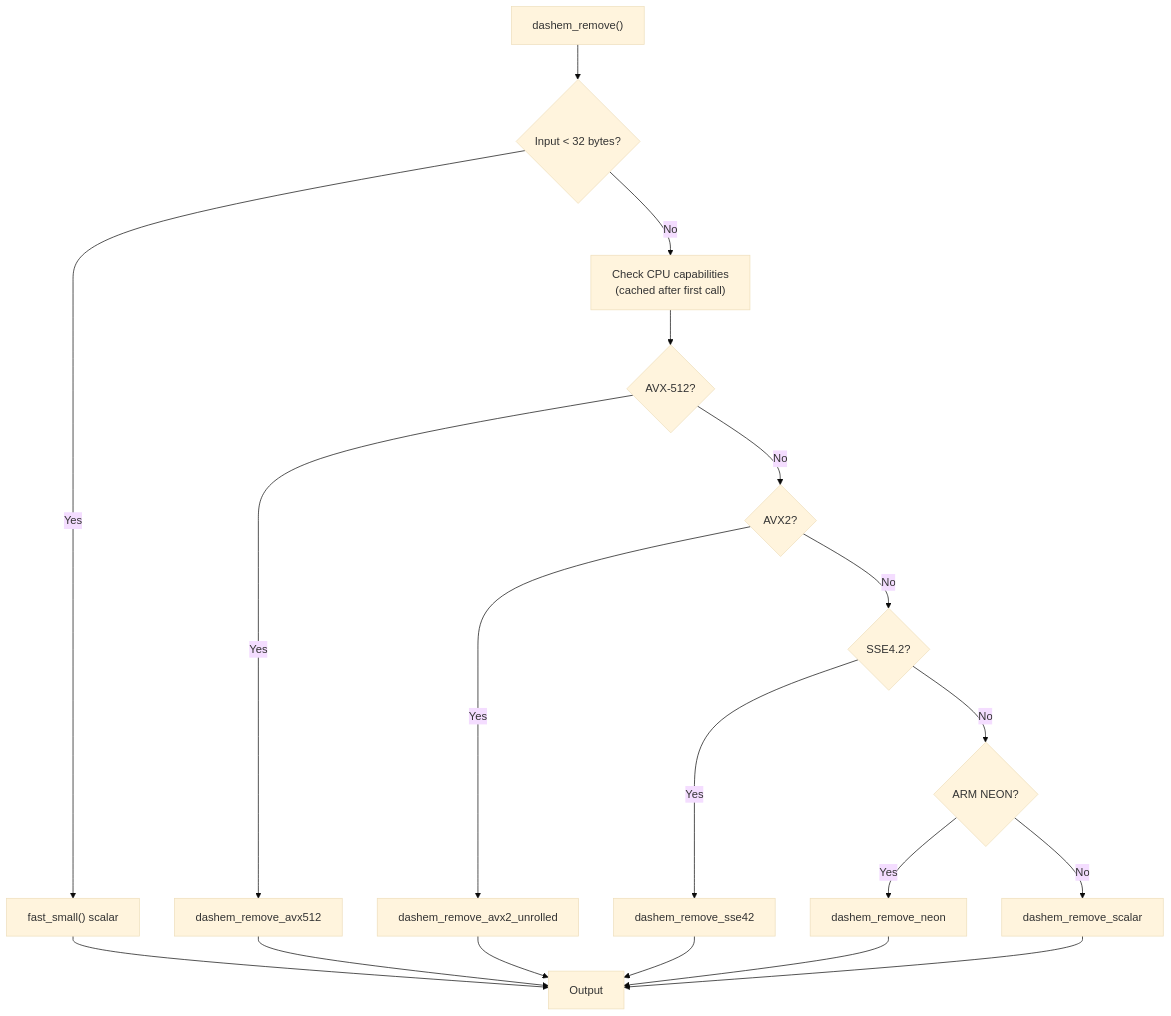
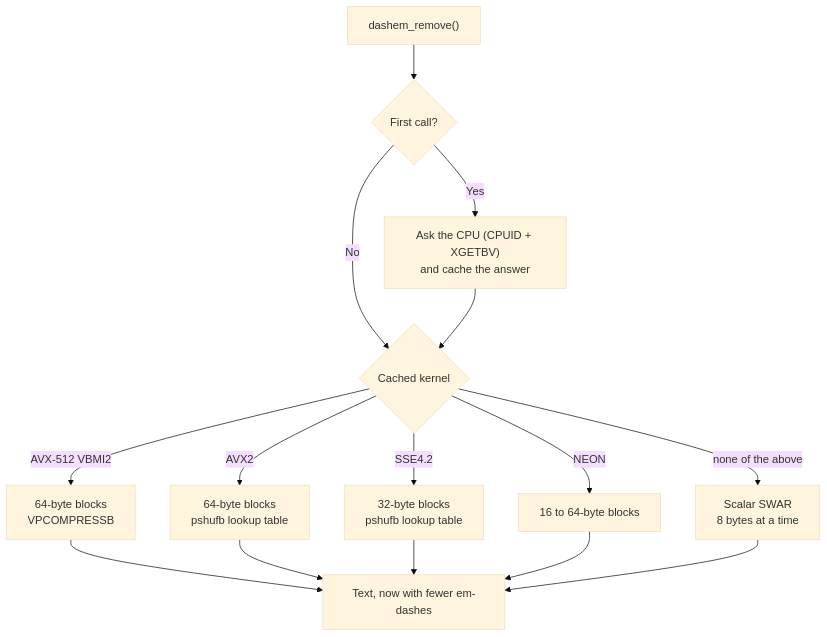
Before and after one commit to Gaurav-Gosain/dash-em: the diagram in README.md, drawn with Mermaid (base theme). The commit also changed other lines of this file and 1 other file, not shown here.

````diff
--- a/README.md
+++ b/README.md
@@ -477,21 +277,17 @@
 ```mermaid
 graph TD
-    A["dashem_remove()"] --> B{Input < 32 bytes?}
-    B -->|Yes| C["fast_small() scalar"]
-    B -->|No| D["Check CPU capabilities<br/>(cached after first call)"]
-    D --> E{AVX-512?}
-    E -->|Yes| F["dashem_remove_avx512"]
-    E -->|No| G{AVX2?}
-    G -->|Yes| H["dashem_remove_avx2_unrolled"]
-    G -->|No| I{SSE4.2?}
-    I -->|Yes| J["dashem_remove_sse42"]
-    I -->|No| K{ARM NEON?}
-    K -->|Yes| L["dashem_remove_neon"]
-    K -->|No| M["dashem_remove_scalar"]
-    C --> N["Output"]
-    F --> N
-    H --> N
-    J --> N
-    L --> N
-    M --> N
+    A["dashem_remove()"] --> B{"First call?"}
+    B -->|Yes| C["Ask the CPU (CPUID + XGETBV)<br/>and cache the answer"]
+    B -->|No| D{"Cached kernel"}
+    C --> D
+    D -->|AVX-512 VBMI2| E["64-byte blocks<br/>VPCOMPRESSB"]
+    D -->|AVX2| F["64-byte blocks<br/>pshufb lookup table"]
+    D -->|SSE4.2| G["32-byte blocks<br/>pshufb lookup table"]
+    D -->|NEON| H["16 to 64-byte blocks"]
+    D -->|none of the above| I["Scalar SWAR<br/>8 bytes at a time"]
+    E --> J["Text, now with fewer em-dashes"]
+    F --> J
+    G --> J
+    H --> J
+    I --> J
 ```
````
